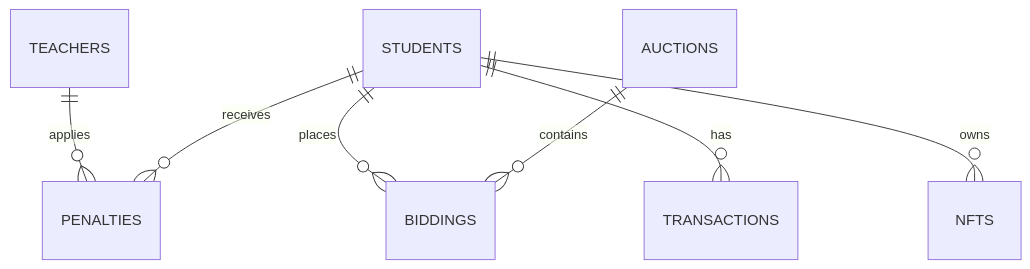
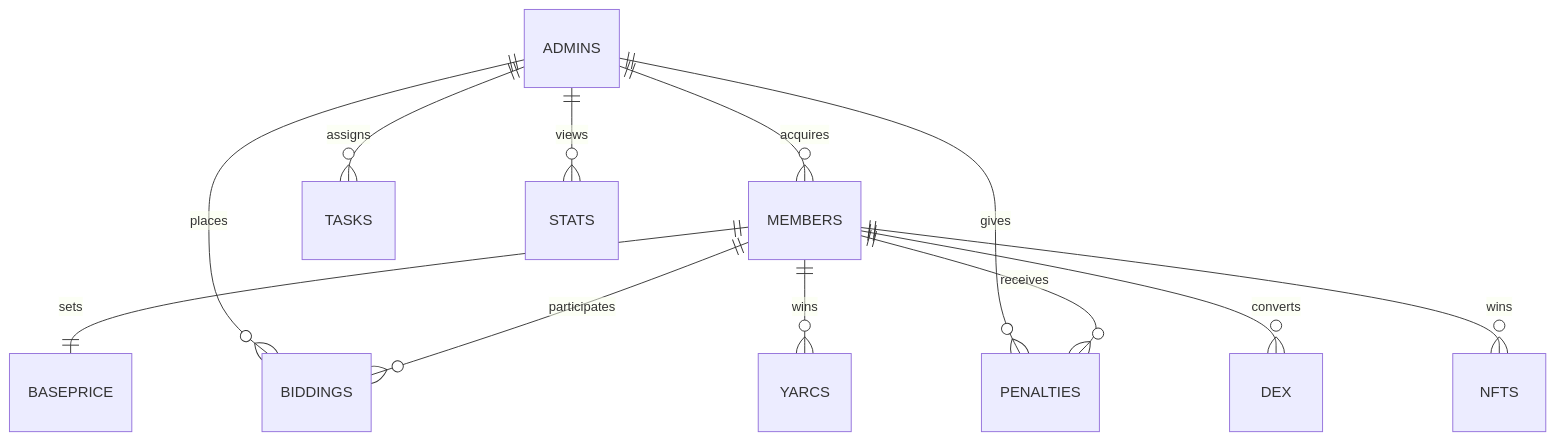
Before and after one commit to YashKerkarTech04/YAR-Coin-2.0: the tenth of 10 diagrams in README.md, drawn with Mermaid. The commit also changed other lines of this file, not shown here.

````diff
--- a/README.md
+++ b/README.md
@@ -236,9 +227,15 @@
 ```mermaid
 erDiagram
-    TEACHERS ||--o{ PENALTIES : applies
-    STUDENTS ||--o{ PENALTIES : receives
-    STUDENTS ||--o{ BIDDINGS : places
-    STUDENTS ||--o{ TRANSACTIONS : has
-    STUDENTS ||--o{ NFTS : owns
-    AUCTIONS ||--o{ BIDDINGS : contains
+    ADMINS ||--o{ MEMBERS : acquires
+    ADMINS ||--o{ BIDDINGS : places
+    ADMINS ||--o{ PENALTIES : gives
+    ADMINS ||--o{ TASKS : assigns
+    ADMINS ||--o{ STATS : views
+
+    MEMBERS ||--|| BASEPRICE : sets
+    MEMBERS ||--o{ BIDDINGS : participates
+    MEMBERS ||--o{ YARCS : wins
+    MEMBERS ||--o{ PENALTIES : receives
+    MEMBERS ||--o{ DEX : converts
+    MEMBERS ||--o{ NFTS : wins
 ```
````
